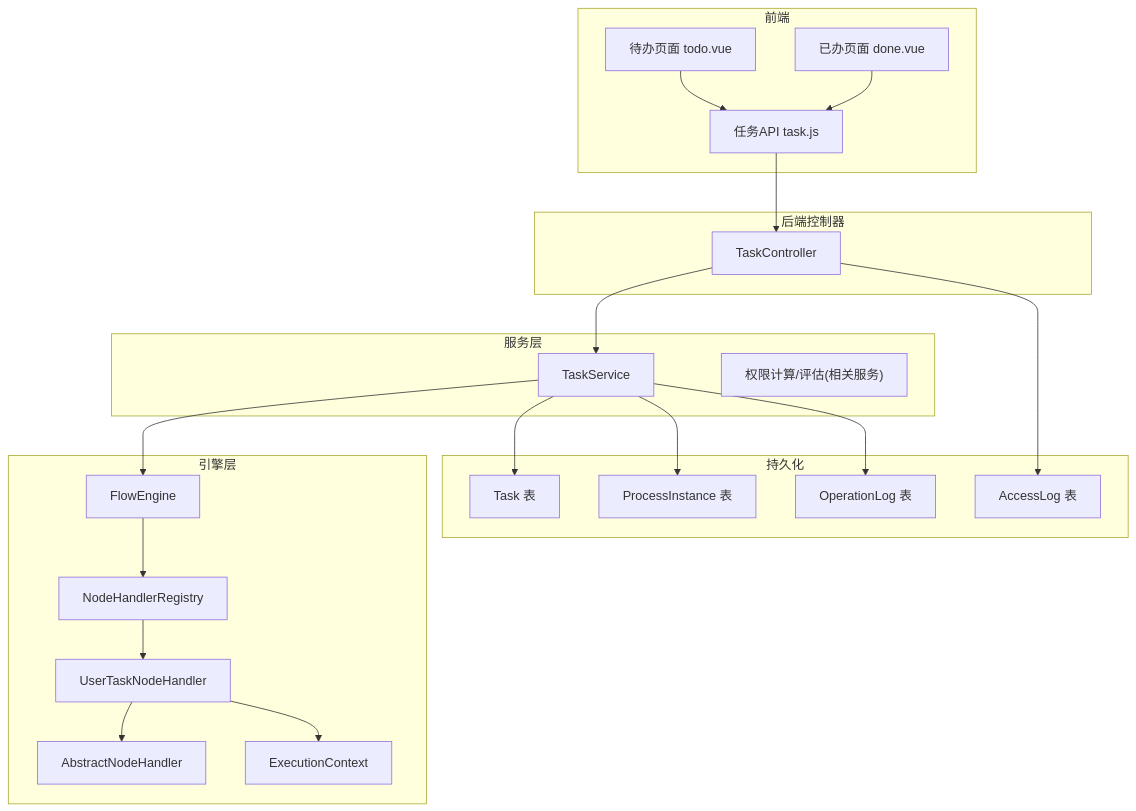
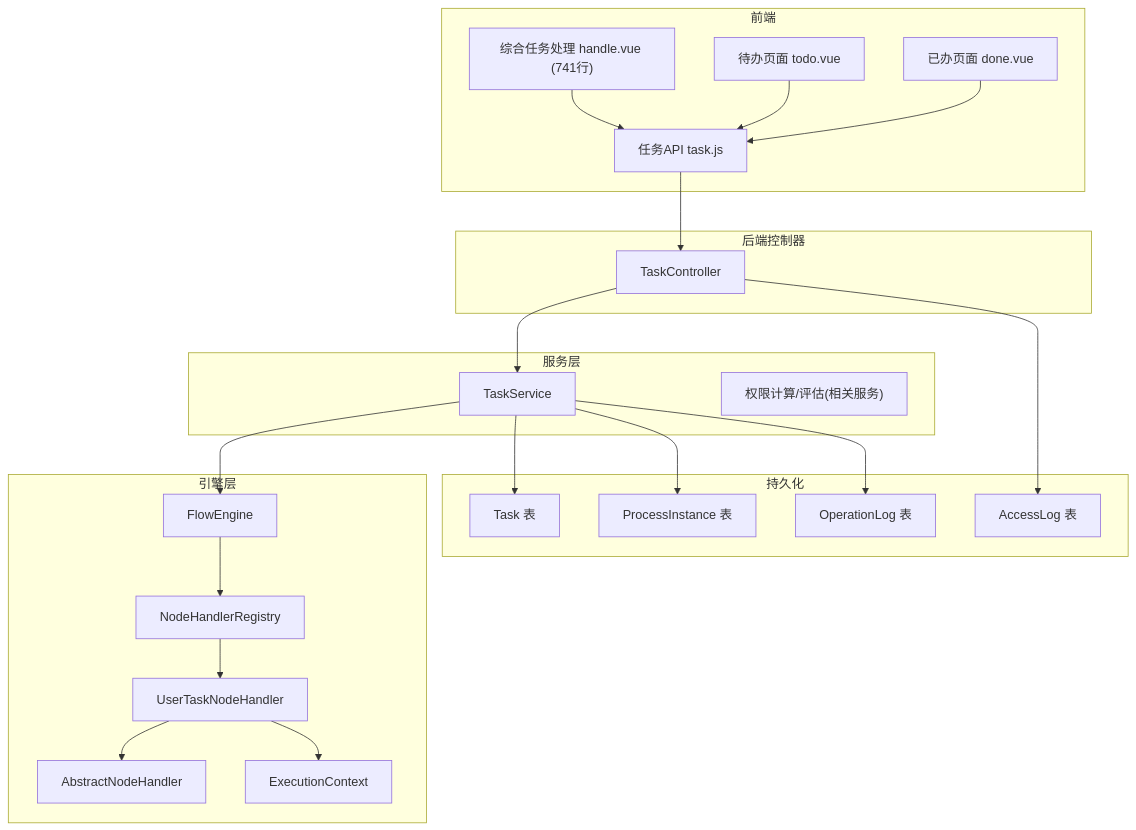
The first of 10 diagrams in .qoder/repowiki/zh/content/任务管理/任务操作处理/任务操作处理.md (liming-lihaini/workflow), drawn with Mermaid before and after one commit. The commit also changed other lines of this file and 49 other files, not shown here.

````diff
--- a/.qoder/repowiki/zh/content/任务管理/任务操作处理/任务操作处理.md
+++ b/.qoder/repowiki/zh/content/任务管理/任务操作处理/任务操作处理.md
@@ -71,41 +73,43 @@
 ```mermaid
 graph TB
 subgraph "前端"
+FE_Handle["综合任务处理 handle.vue (741行)"]
 FE_Todo["待办页面 todo.vue"]
 FE_Done["已办页面 done.vue"]
 FE_TaskApi["任务API task.js"]
 end
 subgraph "后端控制器"
 C_Task["TaskController"]
 end
 subgraph "服务层"
 S_Task["TaskService"]
 S_Permission["权限计算/评估(相关服务)"]
 end
 subgraph "引擎层"
 E_Flow["FlowEngine"]
 R_Node["NodeHandlerRegistry"]
 H_User["UserTaskNodeHandler"]
 H_Abstract["AbstractNodeHandler"]
 Ctx["ExecutionContext"]
 end
 subgraph "持久化"
 DB_Task["Task 表"]
 DB_Instance["ProcessInstance 表"]
 DB_OpLog["OperationLog 表"]
 DB_Access["AccessLog 表"]
 end
+FE_Handle --> FE_TaskApi
 FE_Todo --> FE_TaskApi
 FE_Done --> FE_TaskApi
 FE_TaskApi --> C_Task
 C_Task --> S_Task
 S_Task --> E_Flow
 E_Flow --> R_Node
 R_Node --> H_User
 H_User --> H_Abstract
 H_User --> Ctx
 S_Task --> DB_Task
 S_Task --> DB_Instance
 S_Task --> DB_OpLog
 C_Task --> DB_Access
 ```
````
